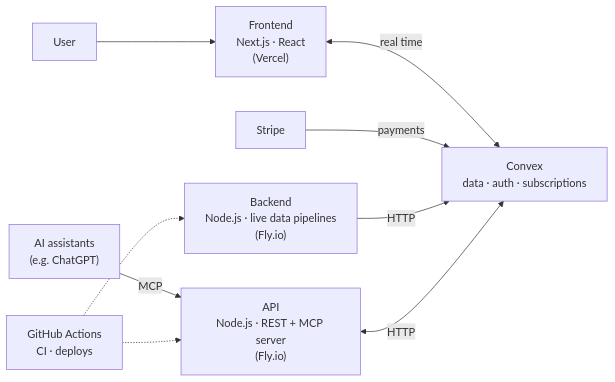
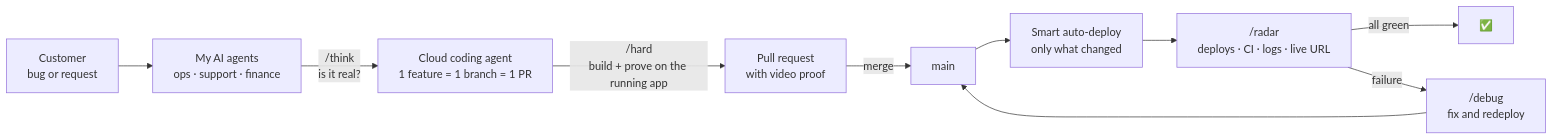
The diagram in README.md (romeohc/romeohc), drawn with Mermaid before and after one commit. The commit also changed other lines of this file, not shown here.

Commit message:
Rewrite profile README around my AI agent workflow

````diff
--- a/README.md
+++ b/README.md
@@ -26,11 +17,12 @@
 ```mermaid
 flowchart LR
-    U[User] --> FE["Frontend<br/>Next.js · React<br/>(Vercel)"]
-    FE <-->|real time| CX["Convex<br/>data · auth · subscriptions"]
-    ST[Stripe] -->|payments| CX
-    BE["Backend<br/>Node.js · live data pipelines<br/>(Fly.io)"] -->|HTTP| CX
-    API["API<br/>Node.js · REST + MCP server<br/>(Fly.io)"] <-->|HTTP| CX
-    AI["AI assistants<br/>(e.g. ChatGPT)"] -->|MCP| API
-    GH["GitHub Actions<br/>CI · deploys"] -.-> BE
-    GH -.-> API
+    C["Customer<br/>bug or request"] --> B["My AI agents<br/>ops · support · finance"]
+    B -->|"/think<br/>is it real?"| A["Cloud coding agent<br/>1 feature = 1 branch = 1 PR"]
+    A -->|"/hard<br/>build + prove on the running app"| P["Pull request<br/>with video proof"]
+    P -->|merge| M["main"]
+    M --> D["Smart auto-deploy<br/>only what changed"]
+    D --> R["/radar<br/>deploys · CI · logs · live URL"]
+    R -->|"all green"| OK["✅"]
+    R -->|"failure"| F["/debug<br/>fix and redeploy"]
+    F --> M
 ```
````
